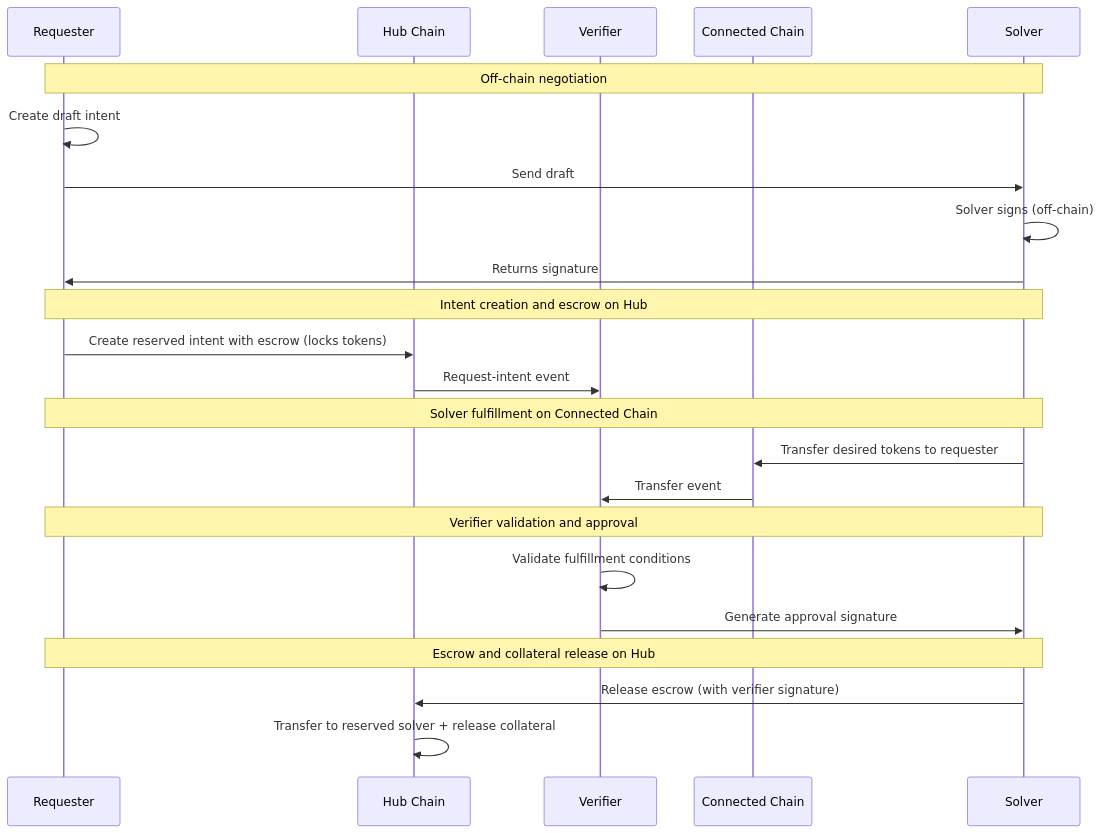
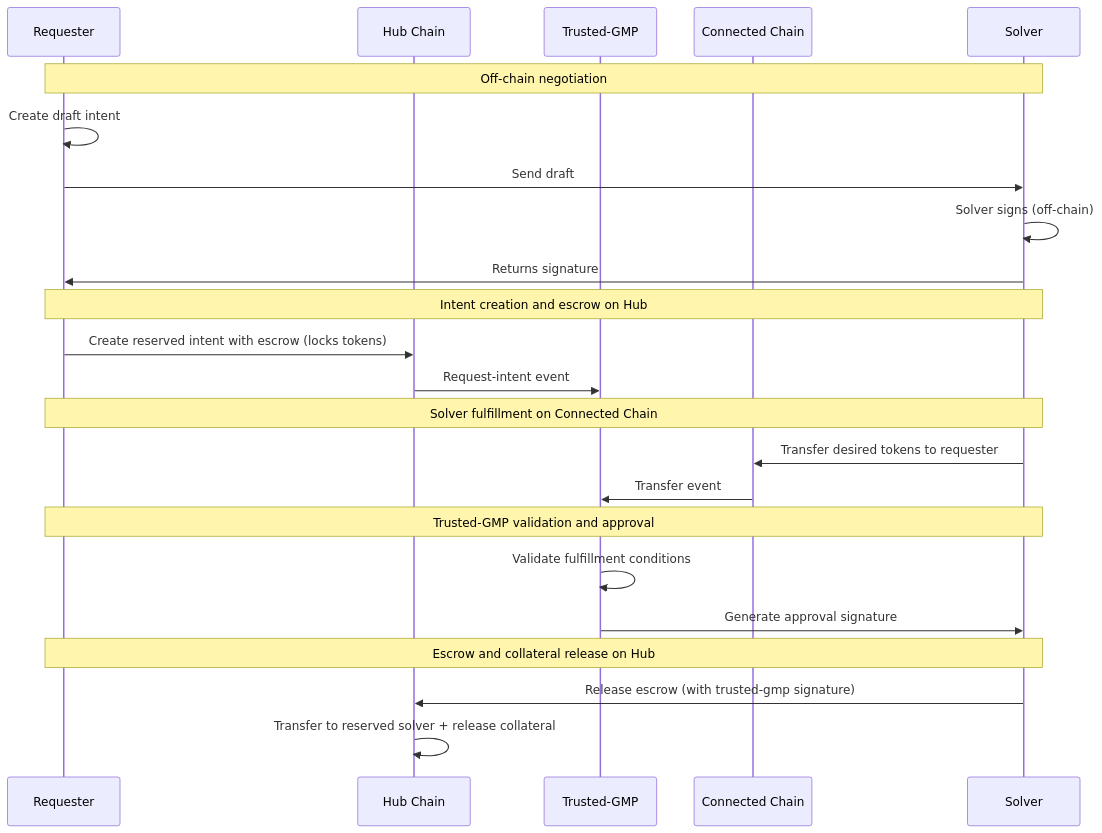
Before and after one commit to MoveIndustries/int3nts: the diagram in docs/architecture/conception/conception_outflow.md, drawn with Mermaid. The commit also changed other lines of this file and 20 other files, not shown here.

First line of the commit message:
Rename solver verifier_client to coordinator_gmp_client

````diff
--- a/docs/architecture/conception/conception_outflow.md
+++ b/docs/architecture/conception/conception_outflow.md
@@ -15,30 +15,30 @@
 ```mermaid
 sequenceDiagram
     participant Requester
     participant Hub as Hub Chain
-    participant Verifier
+    participant TrustedGMP as Trusted-GMP
     participant Connected as Connected Chain
     participant Solver
 
     Note over Requester,Solver: Off-chain negotiation
     Requester->>Requester: Create draft intent
     Requester->>Solver: Send draft
     Solver->>Solver: Solver signs (off-chain)
     Solver->>Requester: Returns signature
 
     Note over Requester,Solver: Intent creation and escrow on Hub
     Requester->>Hub: Create reserved intent with escrow (locks tokens)
-    Hub->>Verifier: Request-intent event
+    Hub->>TrustedGMP: Request-intent event
 
     Note over Requester,Solver: Solver fulfillment on Connected Chain
     Solver->>Connected: Transfer desired tokens to requester
-    Connected->>Verifier: Transfer event
+    Connected->>TrustedGMP: Transfer event
 
-    Note over Requester,Solver: Verifier validation and approval
-    Verifier->>Verifier: Validate fulfillment conditions
-    Verifier->>Solver: Generate approval signature
+    Note over Requester,Solver: Trusted-GMP validation and approval
+    TrustedGMP->>TrustedGMP: Validate fulfillment conditions
+    TrustedGMP->>Solver: Generate approval signature
 
     Note over Requester,Solver: Escrow and collateral release on Hub
-    Solver->>Hub: Release escrow (with verifier signature)
+    Solver->>Hub: Release escrow (with trusted-gmp signature)
     Hub->>Hub: Transfer to reserved solver + release collateral
 ```
````
